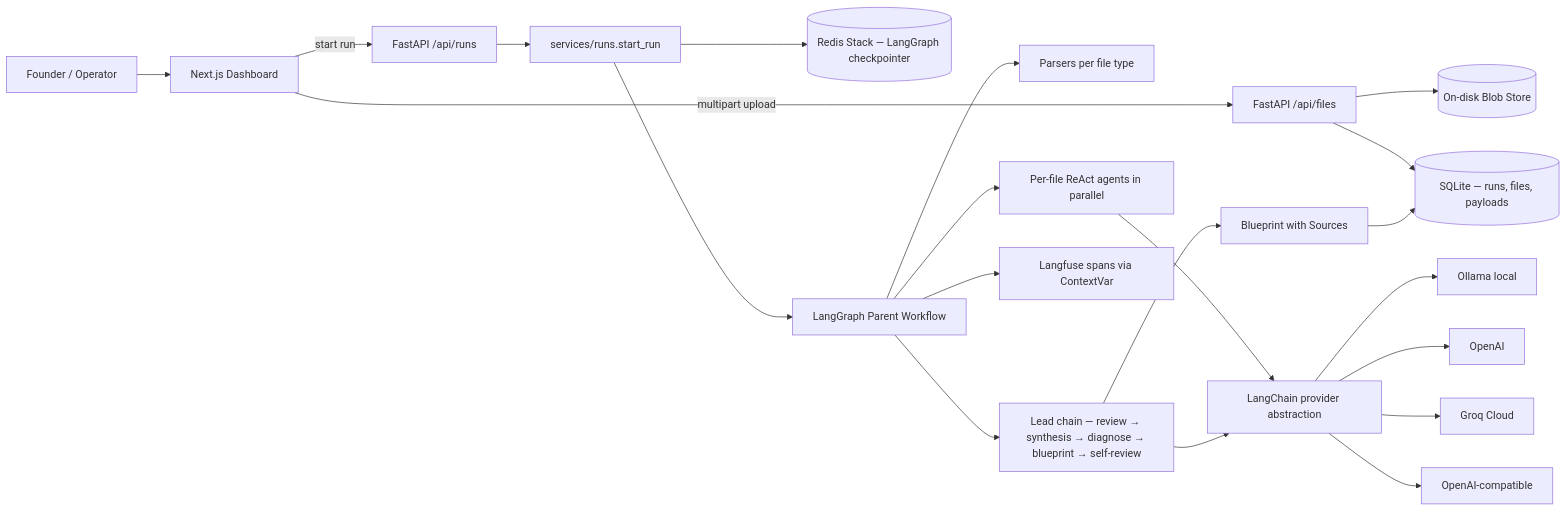
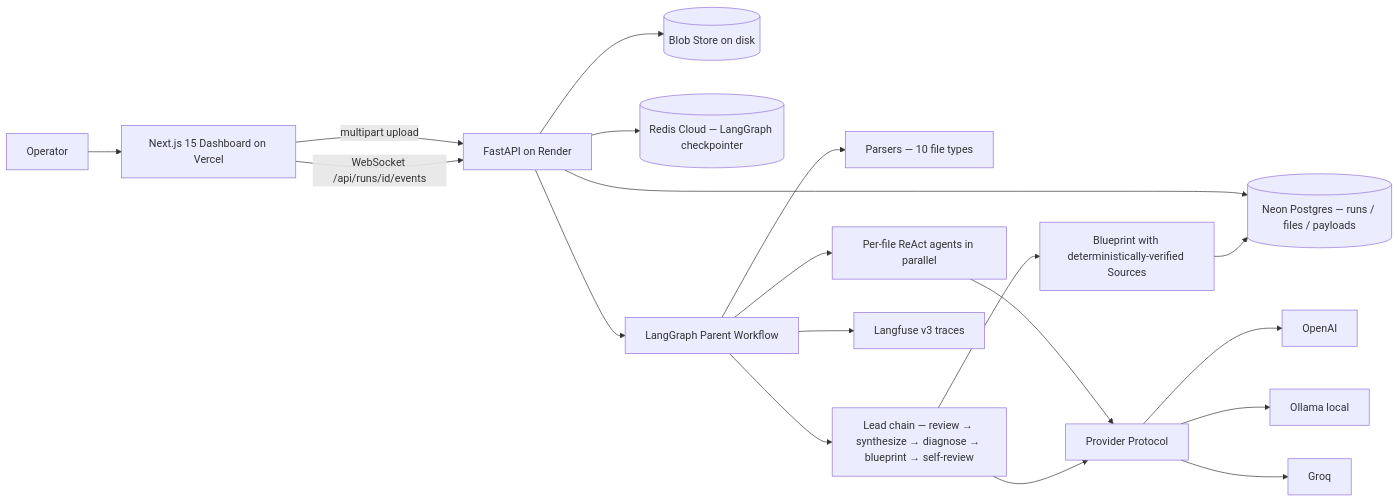
The first of 3 diagrams in README.md (KushalRegmi61/ops_diagnostic_agent), drawn with Mermaid before and after one commit. The commit also changed other lines of this file, not shown here.

First line of the commit message:
docs(readme): rewrite as portfolio-grade architecture document

````diff
--- a/README.md
+++ b/README.md
@@ -11,23 +42,21 @@
 ```mermaid
 flowchart LR
-  USER[Founder / Operator] --> UI[Next.js Dashboard]
-  UI -->|multipart upload| API[FastAPI /api/files]
-  UI -->|start run| API2[FastAPI /api/runs]
-  API --> BLOB[(On-disk Blob Store)]
-  API --> SQL[(SQLite — runs, files, payloads)]
-  API2 --> SVC[services/runs.start_run]
-  SVC --> CKPT[(Redis Stack — LangGraph checkpointer)]
-  SVC --> LG[LangGraph Parent Workflow]
-  LG --> PARSE[Parsers per file type]
+  USER[Operator] --> UI[Next.js 15 Dashboard on Vercel]
+  UI -->|multipart upload| API[FastAPI on Render]
+  UI -->|WebSocket /api/runs/id/events| API
+  API --> BLOB[(Blob Store on disk)]
+  API --> SQL[(Neon Postgres — runs / files / payloads)]
+  API --> CKPT[(Redis Cloud — LangGraph checkpointer)]
+  API --> LG[LangGraph Parent Workflow]
+  LG --> PARSE[Parsers — 10 file types]
   LG --> PFA[Per-file ReAct agents in parallel]
-  LG --> LEAD[Lead chain — review → synthesis → diagnose → blueprint → self-review]
-  PFA --> LLM[LangChain provider abstraction]
+  LG --> LEAD[Lead chain — review → synthesize → diagnose → blueprint → self-review]
+  PFA --> LLM[Provider Protocol]
   LEAD --> LLM
+  LLM --> OPENAI[OpenAI]
   LLM --> OLLAMA[Ollama local]
-  LLM --> OPENAI[OpenAI]
-  LLM --> GROQ[Groq Cloud]
-  LLM --> COMPAT[OpenAI-compatible]
-  LG --> OBS[Langfuse spans via ContextVar]
-  LEAD --> BP[Blueprint with Sources]
+  LLM --> GROQ[Groq]
+  LG --> OBS[Langfuse v3 traces]
+  LEAD --> BP[Blueprint with deterministically-verified Sources]
   BP --> SQL
 ```
````
